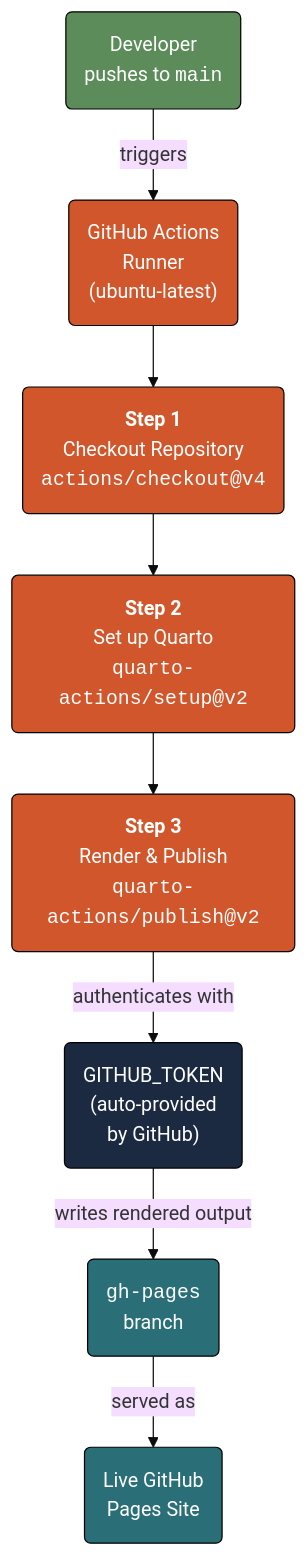
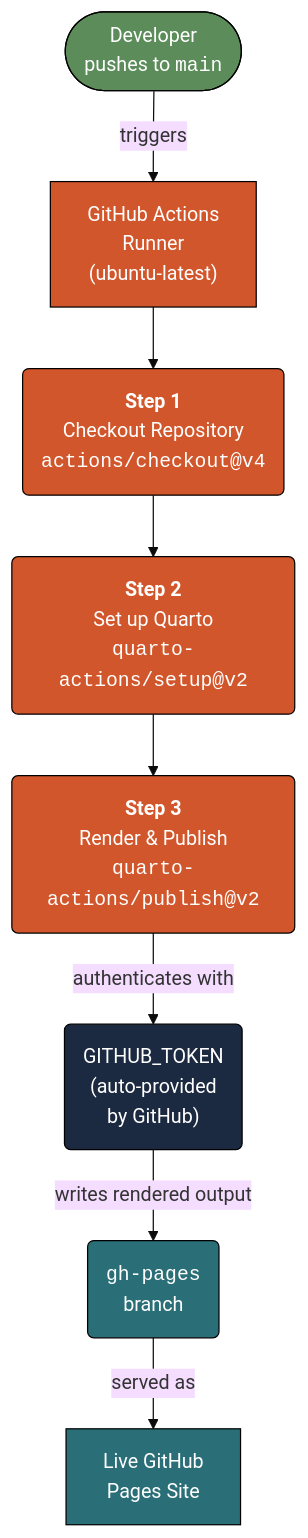
One commit to mjfrigaard/do4ds-labs changed the first of 3 diagrams in publish-r-py.qmd. Above: the diagram before and after it, drawn with Mermaid. The commit also changed 28 other files, not shown here.

Commit message:
updates to mermaids

````diff
--- a/publish-r-py.qmd
+++ b/publish-r-py.qmd
@@ -126,25 +126,25 @@
 ```{mermaid}
 %%| fig-cap: 'Publishing to GitHub pages'
 %%| fig-width: 7.0
 %%| fig-align: 'center'
 %%{init: {'theme': 'base', 'themeVariables': {'fontFamily': 'monospace'}}}%%
 flowchart TD
-    Push("Developer<br>pushes to <code>main</code>") -->|"triggers"| GHA("GitHub Actions<br>Runner<br>(ubuntu-latest)")
+    Push(["Developer<br>pushes to <code>main</code>"]) -->|"triggers"| GHA["GitHub Actions<br>Runner<br>(ubuntu-latest)"]
 
     GHA --> Step1("<strong>Step 1</strong><br>Checkout Repository<br><code>actions/checkout@v4</code>")
     Step1 --> Step2("<strong>Step 2</strong><br>Set up Quarto<br><code>quarto-actions/setup@v2</code>")
     Step2 --> Step3("<strong>Step 3</strong><br>Render & Publish<br><code>quarto-actions/publish@v2</code>")
 
     Step3 -->|"authenticates with"| Token("<cdde>GITHUB_TOKEN</code><br>(auto-provided<br>by GitHub)")
     Token -->|"writes rendered output"| GHPages("<code>gh-pages</code><br>branch")
-    GHPages -->|"served as"| Site("Live GitHub<br>Pages Site")
+    GHPages -->|"served as"| Site["Live GitHub<br>Pages Site"]
     style Push fill:#5B8C5A,stroke:#000000,stroke-width:1px,color:#ffffff
     style GHA fill:#D2562B,stroke:#000000,stroke-width:1px,color:#ffffff
     style Step1 fill:#D2562B,stroke:#000000,stroke-width:1px,color:#ffffff
     style Step2 fill:#D2562B,stroke:#000000,stroke-width:1px,color:#ffffff
     style Step3 fill:#D2562B,stroke:#000000,stroke-width:1px,color:#ffffff
     style Token fill:#1B2A41,stroke:#000000,stroke-width:1px,color:#ffffff
     style GHPages fill:#2A6F77,stroke:#000000,stroke-width:1px,color:#ffffff
     style Site fill:#2A6F77,stroke:#000000,stroke-width:1px,color:#ffffff
 
 ```
````
